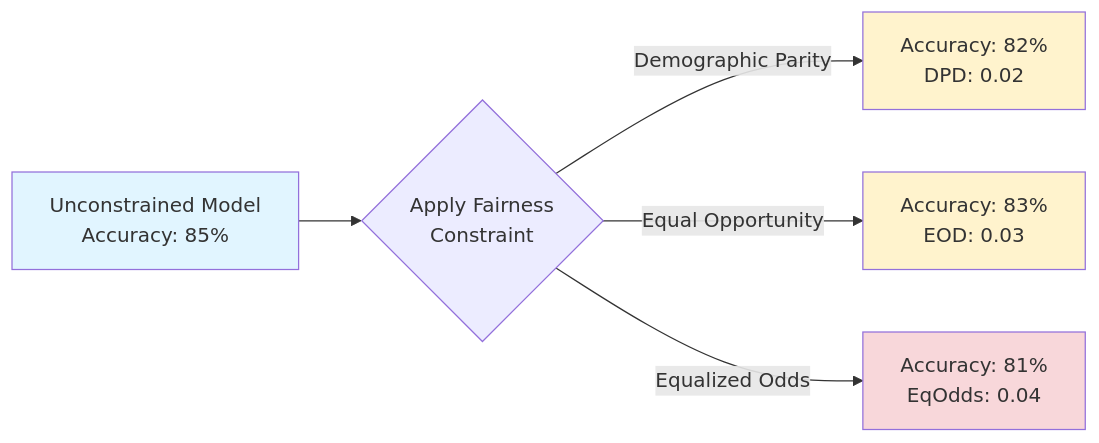
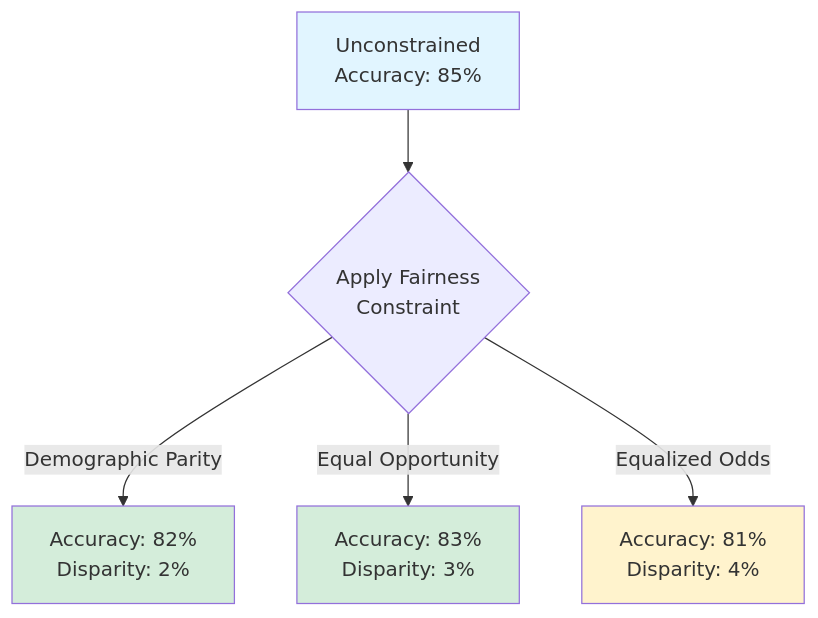
Before and after one commit to asibic/glassalpha: the third of 3 diagrams in site/docs/guides/fairness-101.md, drawn with Mermaid. The commit also changed other lines of this file and 14 other files, not shown here.

````diff
--- a/site/docs/guides/fairness-101.md
+++ b/site/docs/guides/fairness-101.md
@@ -335,12 +329,14 @@
 ```mermaid
-graph LR
-    A[Unconstrained Model<br/>Accuracy: 85%] --> B{Apply Fairness<br/>Constraint}
-    B -->|Demographic Parity| C[Accuracy: 82%<br/>DPD: 0.02]
-    B -->|Equal Opportunity| D[Accuracy: 83%<br/>EOD: 0.03]
-    B -->|Equalized Odds| E[Accuracy: 81%<br/>EqOdds: 0.04]
+graph TB
+    A[Unconstrained<br/>Accuracy: 85%]
+    A --> B{Apply Fairness<br/>Constraint}
+
+    B -->|Demographic Parity| C[Accuracy: 82%<br/>Disparity: 2%]
+    B -->|Equal Opportunity| D[Accuracy: 83%<br/>Disparity: 3%]
+    B -->|Equalized Odds| E[Accuracy: 81%<br/>Disparity: 4%]
 
     style A fill:#e1f5ff
-    style C fill:#fff3cd
-    style D fill:#fff3cd
-    style E fill:#f8d7da
+    style C fill:#d4edda
+    style D fill:#d4edda
+    style E fill:#fff3cd
 ```
````
